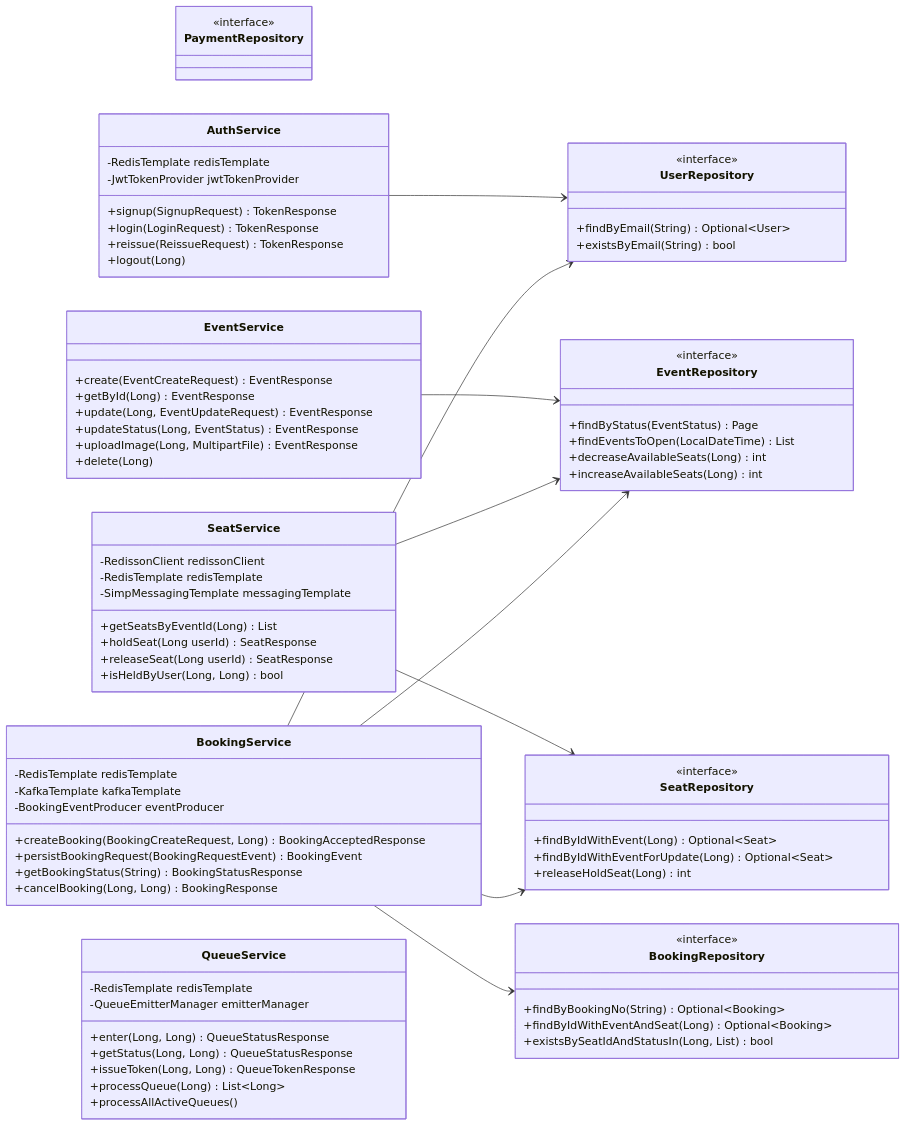
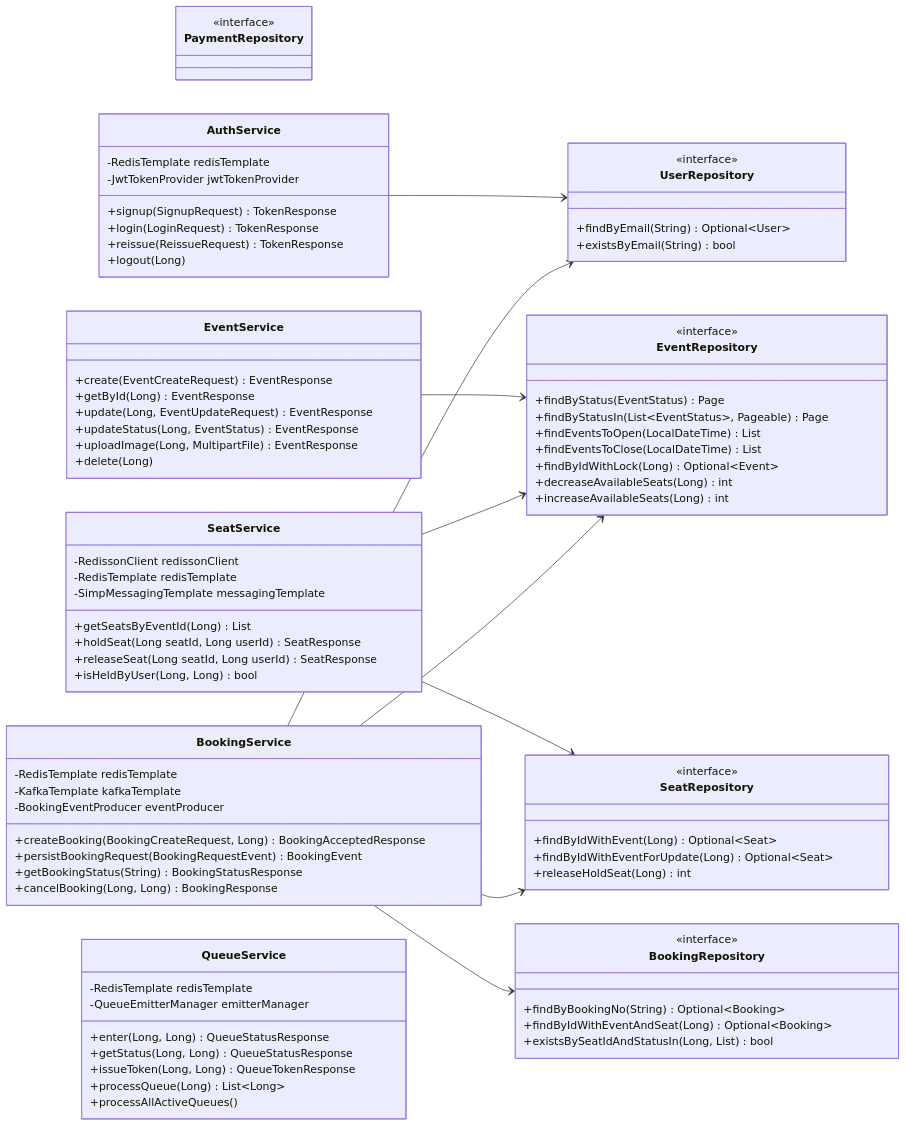
The second of 3 diagrams in docs/class-diagram.md (mercedes6115/ticketing-vibe), drawn with Mermaid before and after one commit. The commit also changed other lines of this file and 6 other files, not shown here.

```diff
--- a/docs/class-diagram.md
+++ b/docs/class-diagram.md
@@ -149,7 +150,10 @@
     class EventRepository {
         <<interface>>
         +findByStatus(EventStatus) Page
+        +findByStatusIn(List~EventStatus~, Pageable) Page
         +findEventsToOpen(LocalDateTime) List
+        +findEventsToClose(LocalDateTime) List
+        +findByIdWithLock(Long) Optional~Event~
         +decreaseAvailableSeats(Long) int
         +increaseAvailableSeats(Long) int
     }
@@ -197,8 +201,8 @@
         -RedisTemplate redisTemplate
         -SimpMessagingTemplate messagingTemplate
         +getSeatsByEventId(Long) List
-        +holdSeat(Long userId) SeatResponse
-        +releaseSeat(Long userId) SeatResponse
+        +holdSeat(Long seatId, Long userId) SeatResponse
+        +releaseSeat(Long seatId, Long userId) SeatResponse
         +isHeldByUser(Long, Long) bool
     }
 
```
